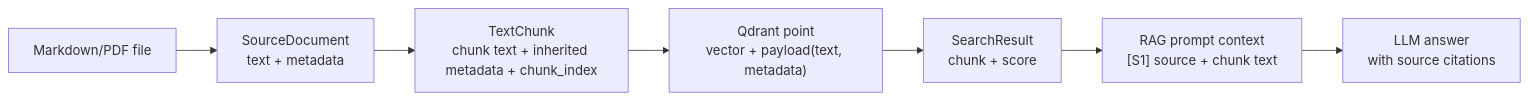
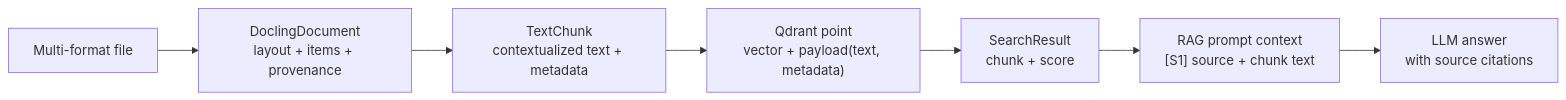
The first of 6 diagrams in docs/obsidian-rag-code-guide.md (bighamD/obsidian-rag), drawn with Mermaid before and after one commit. The commit also changed other lines of this file and 35 other files, not shown here.

````diff
--- a/docs/obsidian-rag-code-guide.md
+++ b/docs/obsidian-rag-code-guide.md
@@ -93,9 +90,9 @@
 ```mermaid
 flowchart LR
-    File["Markdown/PDF file"] --> SourceDocument["SourceDocument<br/>text + metadata"]
-    SourceDocument --> TextChunk["TextChunk<br/>chunk text + inherited metadata + chunk_index"]
+    File["Multi-format file"] --> DoclingDocument["DoclingDocument<br/>layout + items + provenance"]
+    DoclingDocument --> TextChunk["TextChunk<br/>contextualized text + metadata"]
     TextChunk --> VectorPayload["Qdrant point<br/>vector + payload(text, metadata)"]
     VectorPayload --> SearchResult["SearchResult<br/>chunk + score"]
     SearchResult --> Prompt["RAG prompt context<br/>[S1] source + chunk text"]
     Prompt --> Answer["LLM answer<br/>with source citations"]
 ```
````
